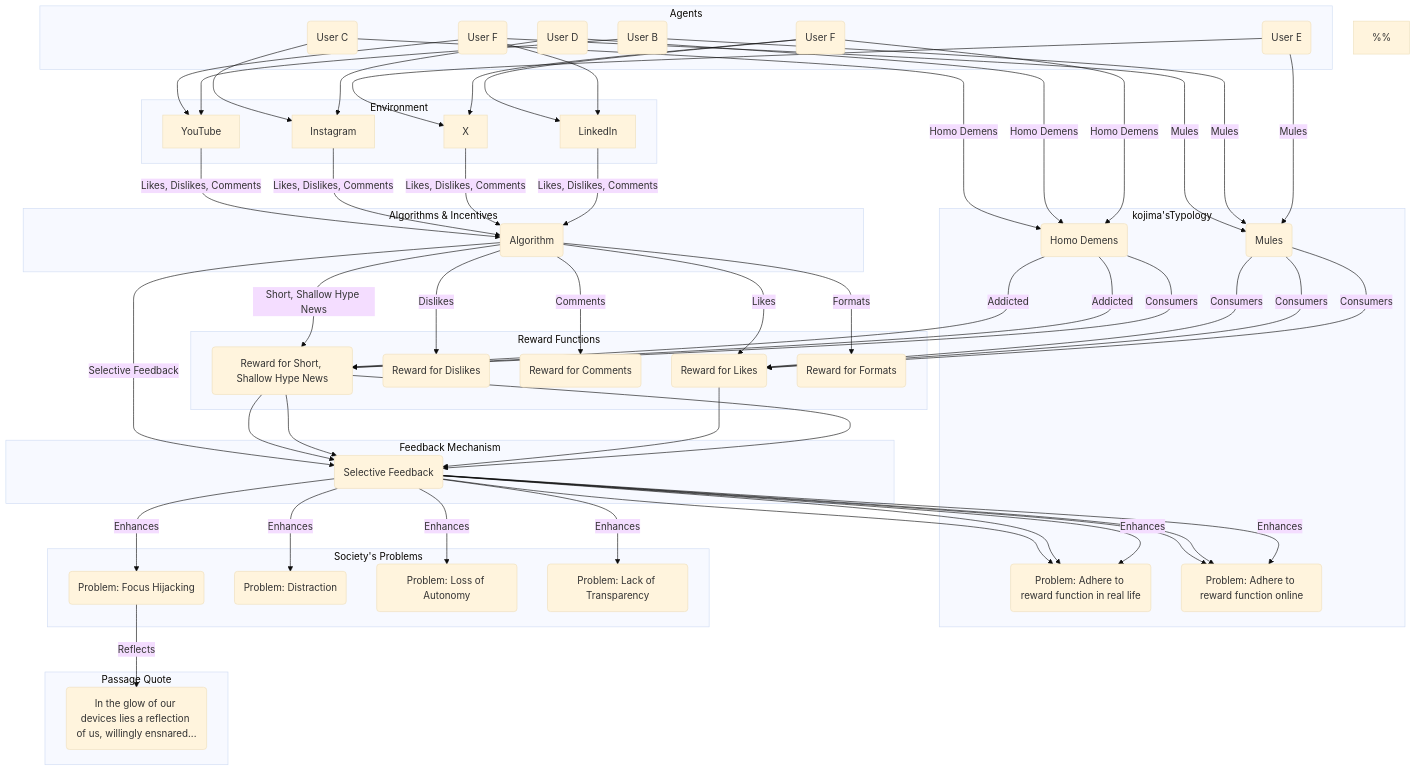
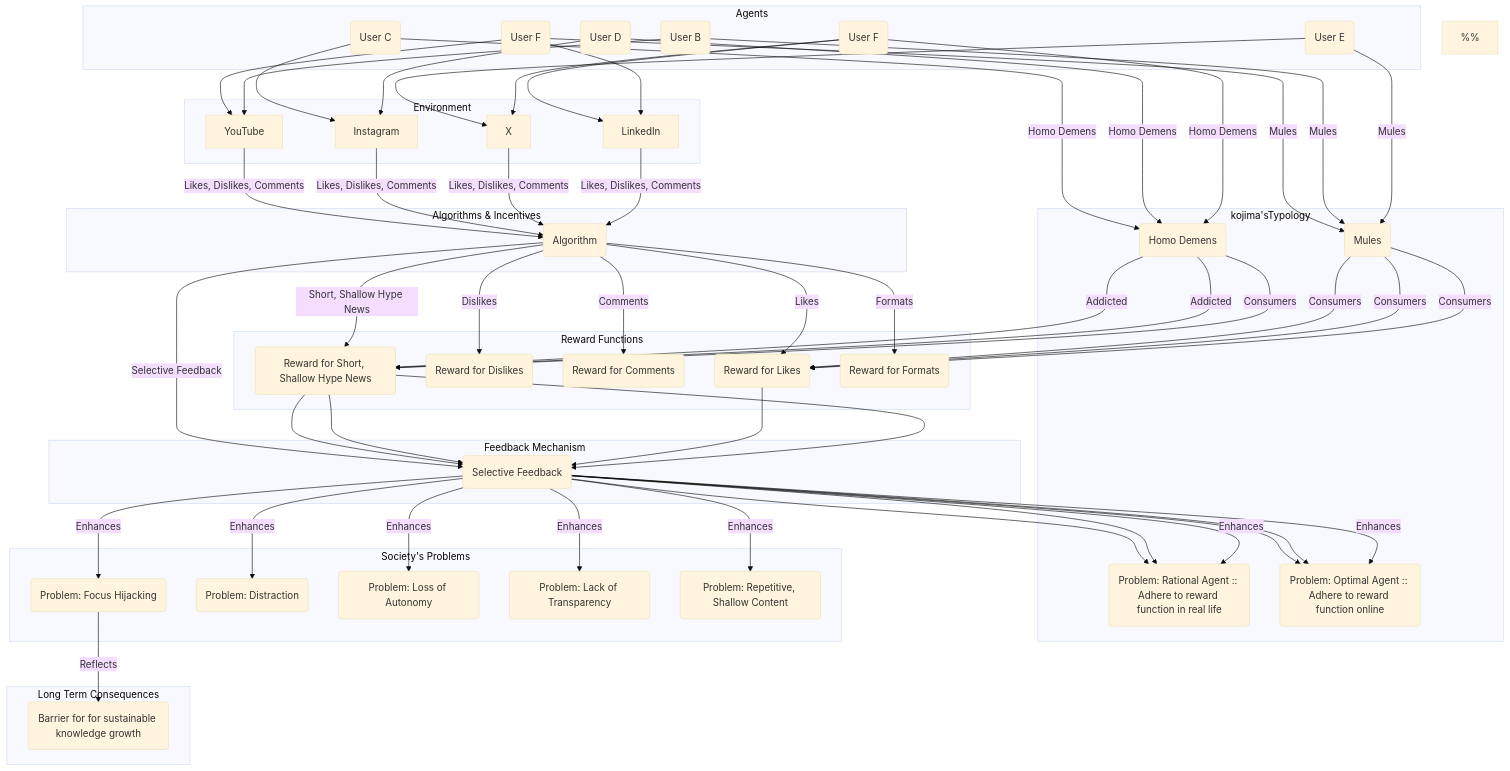
The diagram in READ_ME/homo_deomons.mmd (kilian-lm/graph_to_agent), drawn with Mermaid (base theme) before and after one commit.

Commit message:
Added typology .mmd

```diff
--- a/READ_ME/homo_deomons.mmd
+++ b/READ_ME/homo_deomons.mmd
@@ -52,12 +52,14 @@
     SF --> |Enhances| P2(Problem: Distraction)
     SF --> |Enhances| P3(Problem: Loss of Autonomy)
     SF --> |Enhances| P4(Problem: Lack of Transparency)
-    SF --> |Enhances| P5(Problem: Adhere to reward function in real life)
-    SF --> |Enhances| P6(Problem: Adhere to reward function online)
+    SF --> |Enhances| P5(Problem: Rational Agent :: Adhere to reward function in real life)
+    SF --> |Enhances| P6(Problem: Optimal Agent :: Adhere to reward function online)
+    SF --> |Enhances| P7(Problem: Repetitive, Shallow Content)
+
   end
 
-  subgraph Passage Quote
-    P1 -->|Reflects| Q("In the glow of our devices lies a reflection of us, willingly ensnared...")
+  subgraph Long Term Consequences
+    P1 -->|Reflects| Q(Barrier for for sustainable knowledge growth)
   end
 
 
```
